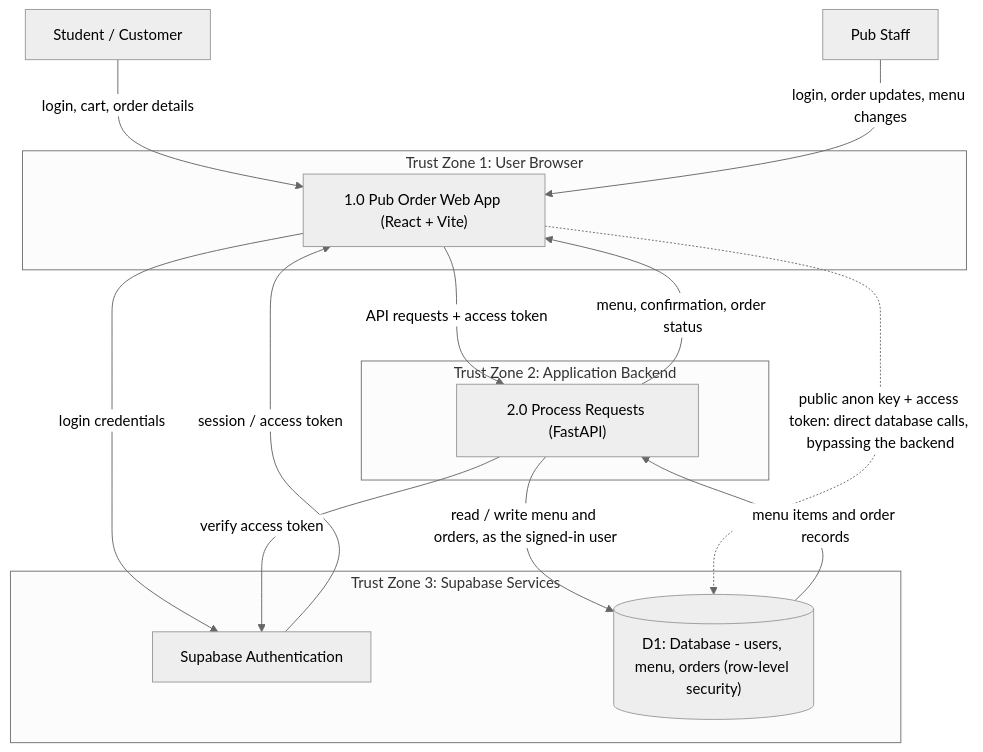
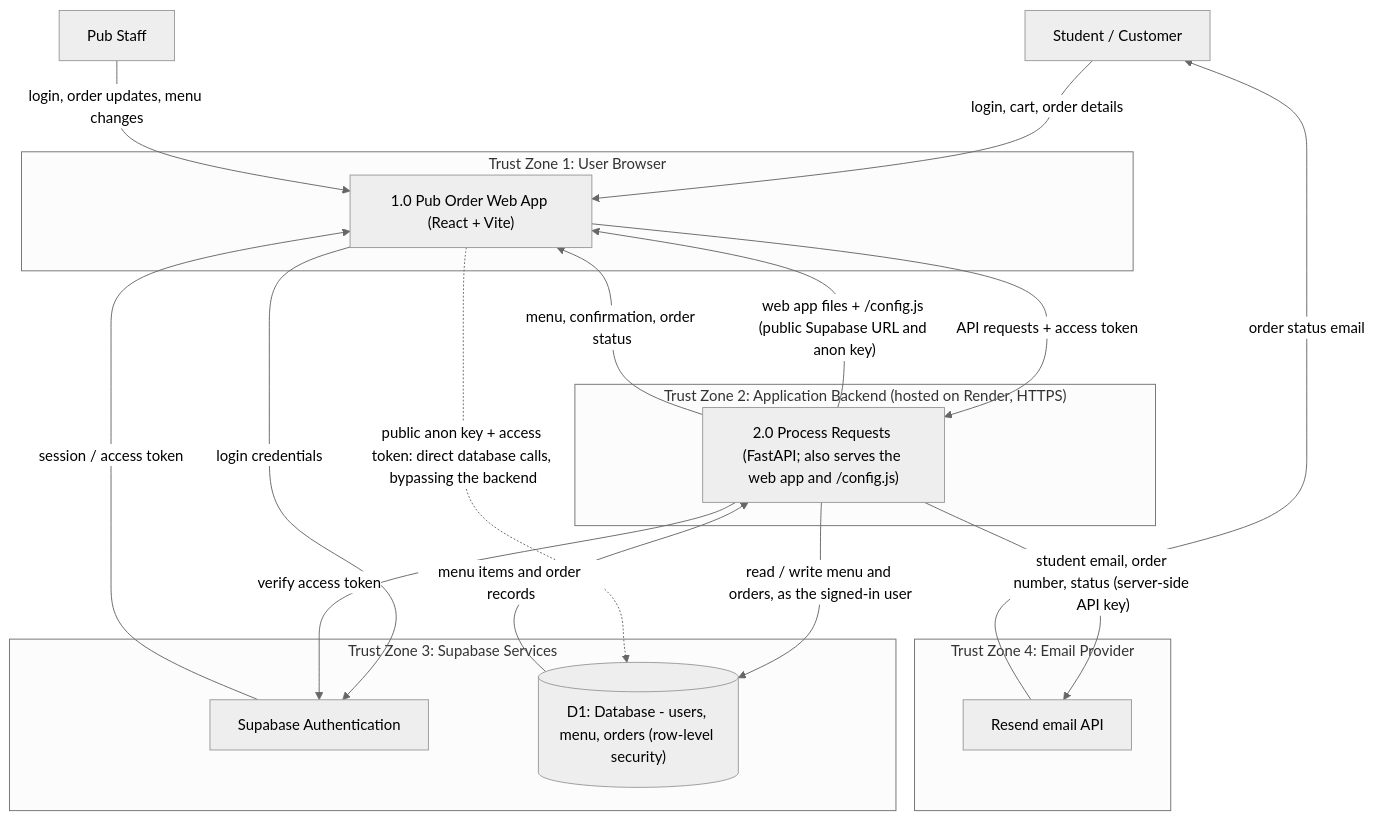
One commit to BrinkW/Pub-Order changed the diagram in docs/security/threat-model.md. Above: the diagram before and after it, drawn with Mermaid (neutral theme). The commit also changed other lines of this file, not shown here.

Commit message:
Add Render and Resend to the threat model DFD

````diff
--- a/docs/security/threat-model.md
+++ b/docs/security/threat-model.md
@@ -7,25 +7,31 @@
 ```mermaid
 flowchart TB
   student["Student / Customer"]
   staff["Pub Staff"]
   subgraph Z1["Trust Zone 1: User Browser"]
     web["1.0 Pub Order Web App (React + Vite)"]
   end
-  subgraph Z2["Trust Zone 2: Application Backend"]
-    api["2.0 Process Requests (FastAPI)"]
+  subgraph Z2["Trust Zone 2: Application Backend (hosted on Render, HTTPS)"]
+    api["2.0 Process Requests (FastAPI; also serves the web app and /config.js)"]
   end
   subgraph Z3["Trust Zone 3: Supabase Services"]
     auth["Supabase Authentication"]
     db[("D1: Database - users, menu, orders (row-level security)")]
   end
+  subgraph Z4["Trust Zone 4: Email Provider"]
+    resend["Resend email API"]
+  end
   student -- "login, cart, order details" --> web
   staff -- "login, order updates, menu changes" --> web
+  api -- "web app files + /config.js (public Supabase URL and anon key)" --> web
   web -- "login credentials" --> auth
   auth -- "session / access token" --> web
   web -- "API requests + access token" --> api
   api -- "menu, confirmation, order status" --> web
   api -- "verify access token" --> auth
   api -- "read / write menu and orders, as the signed-in user" --> db
   db -- "menu items and order records" --> api
   web -. "public anon key + access token: direct database calls, bypassing the backend" .-> db
+  api -- "student email, order number, status (server-side API key)" --> resend
+  resend -- "order status email" --> student
 ```
````
